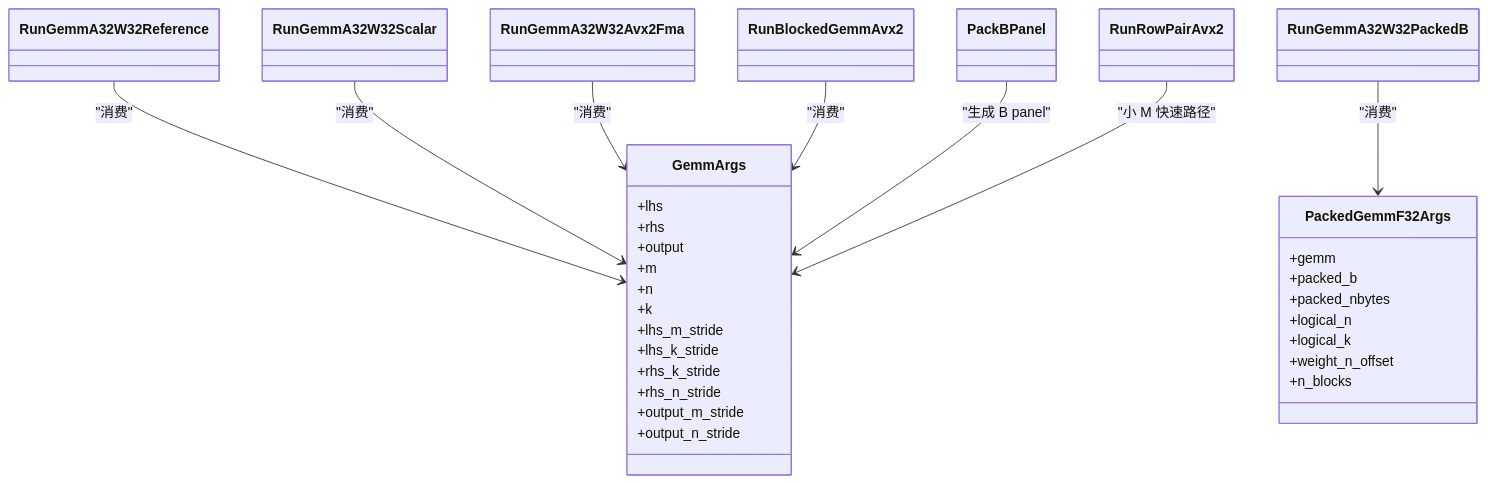
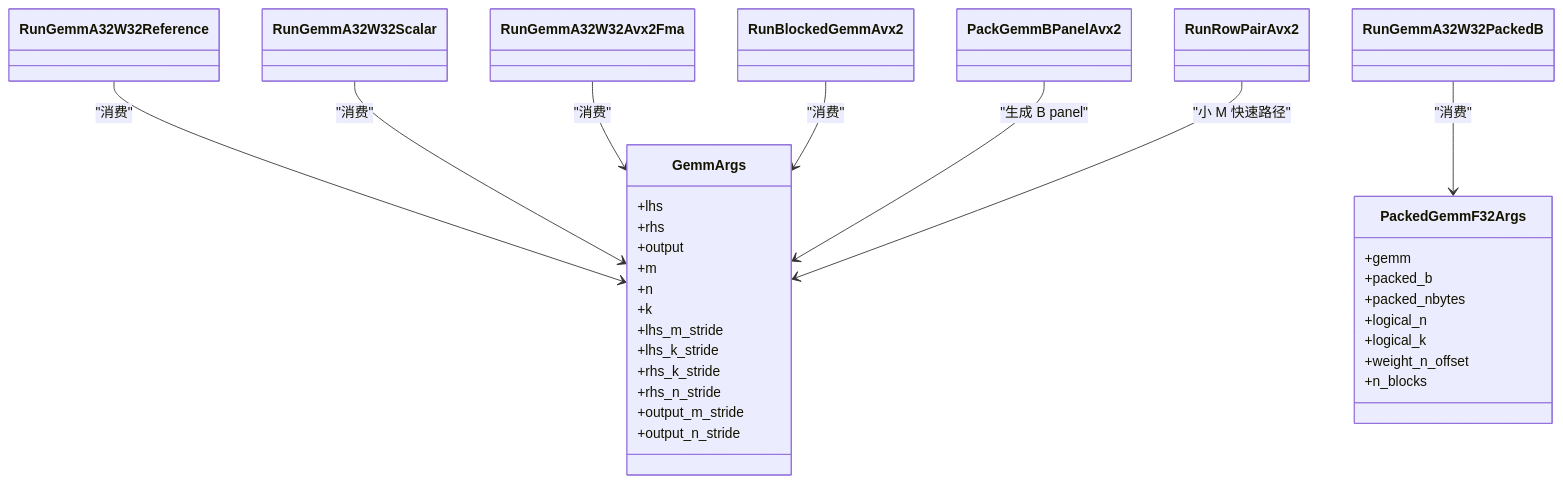
The fourth of 5 diagrams in docs/handbook/算子系统/SIMD 优化内核.md (fengjiran/AetherMind), drawn with Mermaid before and after one commit. The commit also changed other lines of this file and 2 other files, not shown here.

Commit message:
docs: update GEMM packed-weight references

````diff
--- a/docs/handbook/算子系统/SIMD 优化内核.md
+++ b/docs/handbook/算子系统/SIMD 优化内核.md
@@ -193,43 +193,43 @@
 ```mermaid
 classDiagram
     class GemmArgs {
         +lhs
         +rhs
         +output
         +m
         +n
         +k
         +lhs_m_stride
         +lhs_k_stride
         +rhs_k_stride
         +rhs_n_stride
         +output_m_stride
         +output_n_stride
     }
 
     class PackedGemmF32Args {
         +gemm
         +packed_b
         +packed_nbytes
         +logical_n
         +logical_k
         +weight_n_offset
         +n_blocks
     }
 
     class RunGemmA32W32Reference
     class RunGemmA32W32Scalar
     class RunGemmA32W32Avx2Fma
     class RunGemmA32W32PackedB
-    class PackBPanel
+    class PackGemmBPanelAvx2
     class RunRowPairAvx2
     class RunBlockedGemmAvx2
 
     RunGemmA32W32Reference --> GemmArgs : "消费"
     RunGemmA32W32Scalar --> GemmArgs : "消费"
     RunGemmA32W32Avx2Fma --> GemmArgs : "消费"
     RunGemmA32W32PackedB --> PackedGemmF32Args : "消费"
     RunBlockedGemmAvx2 --> GemmArgs : "消费"
-    PackBPanel --> GemmArgs : "生成 B panel"
+    PackGemmBPanelAvx2 --> GemmArgs : "生成 B panel"
     RunRowPairAvx2 --> GemmArgs : "小 M 快速路径"
 ```
````
